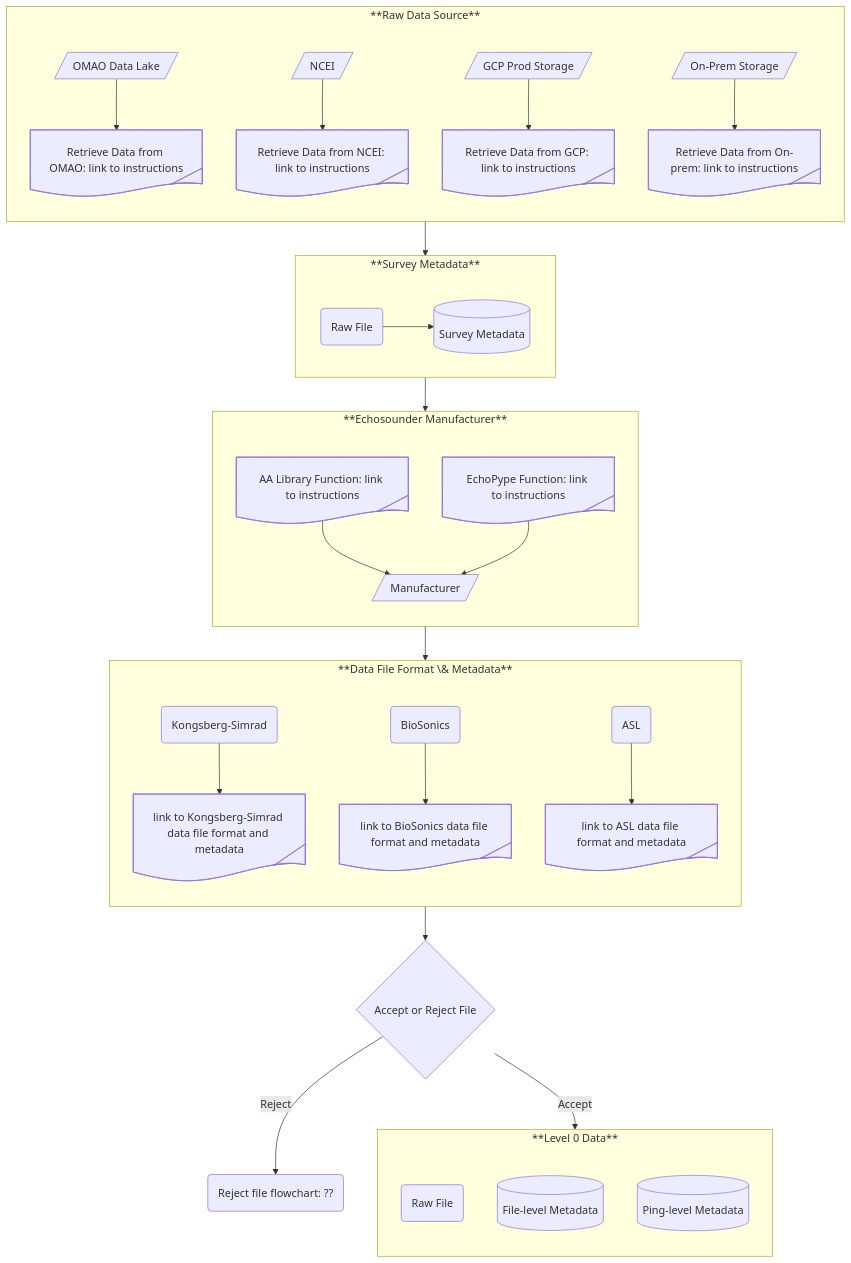
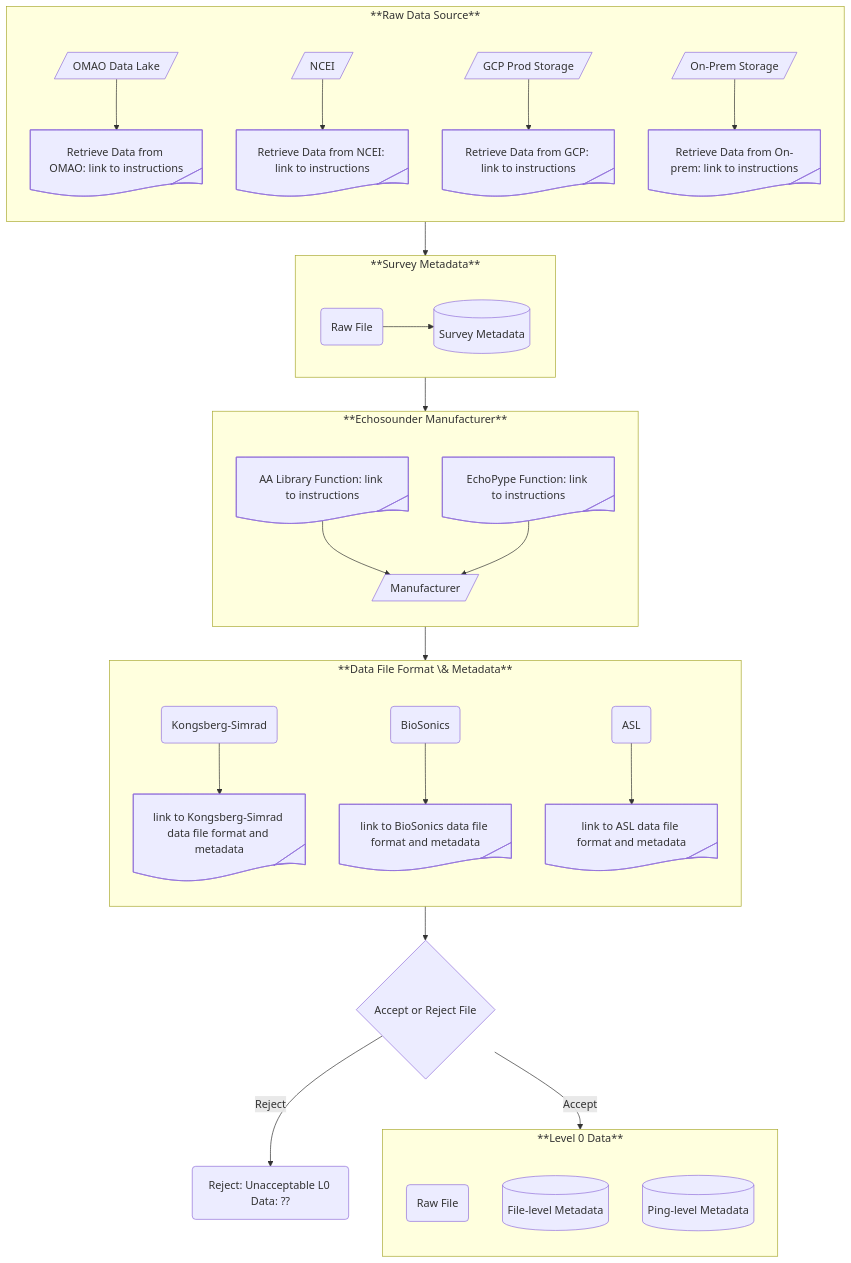
One commit to nmfs-ost/AA-SI_DataRoadMap changed the first of 2 diagrams in README.md. Above: the diagram before and after it, drawn with Mermaid. The commit also changed other lines of this file, not shown here.

First line of the commit message:
Revise L1 flowchart

````diff
--- a/README.md
+++ b/README.md
@@ -72,45 +72,45 @@
 ```mermaid
 ---
 config:
     flowchart:
         subGraphTitleMargin:
             "bottom": 30
 ---
 flowchart TB
     subgraph SG_L0_DataSource["**Raw Data Source**"]
         direction TB
         node_L0_SrcOMAO@{shape: lean-r, label: "OMAO Data Lake"} --> node_L0_OMAO@{ shape: tag-doc, label: "Retrieve Data from OMAO: link to instructions" }
         node_L0_SrcNCEI@{shape: lean-r, label: "NCEI"} --> node_L0_NCEI@{ shape: tag-doc, label: "Retrieve Data from NCEI: link to instructions" }
         node_L0_SrcGCP@{shape: lean-r, label: "GCP Prod Storage"} --> node_L0_GCP@{ shape: tag-doc, label: "Retrieve Data from GCP: link to instructions" }
         node_L0_SrcOP@{shape: lean-r, label: "On-Prem Storage"} --> node_L0_OP@{ shape: tag-doc, label: "Retrieve Data from On-prem: link to instructions" }
         %%style node_SrcOMAO color:blue
     end
     subgraph SG_L0_SurveyMetaData["**Survey Metadata**"]
         direction LR
         node_L0_RF@{ shape: rounded, label: "Raw File" } --> node_L0_SMD@{ shape: database, label: <a href="https://github.com/nmfs-ost/AA-SI_metadata"> "Survey Metadata"</a> }
     end
     subgraph SG_L0_ESManufacturer["**Echosounder Manufacturer**"]
         direction TB
         node_L0_AL1@{shape: tag-doc, label: "AA Library Function: link to instructions"} --> node_L0_Man@{ shape: lean-r, label: "Manufacturer" }
         node_L0_AL2@{shape: tag-doc, label: "EchoPype Function: link to instructions"} --> node_L0_Man
     end
     subgraph SG_L0_ESMetaData["**Data File Format \& Metadata**"]
         direction TB
         node_L0_KS@{ shape: rounded, label: "Kongsberg-Simrad" } --> node_L0_KSMD@{ shape: tag-doc, label: "link to Kongsberg-Simrad data file format and metadata" }
         node_L0_BS@{ shape: rounded, label: "BioSonics" } --> node_L0_BSMD@{ shape: tag-doc, label: "link to BioSonics data file format and metadata" }
         node_L0_ASL@{ shape: rounded, label: "ASL" } --> node_L0_ASLMD@{ shape: tag-doc, label: "link to ASL data file format and metadata" }
     end
     subgraph SG_L0_Data["**Level 0 Data**"]
         direction TB
         node_L0_RD@{ shape: rounded, label: "Raw File" }
         node_L0_SMD@{ shape: database, label: "Survey Metadata" }
         node_L0_FMD@{ shape: database, label: "File-level Metadata" }
         node_L0_PMD@{ shape: database, label: "Ping-level Metadata" }
     end
     SG_L0_DataSource --> SG_L0_SurveyMetaData
     SG_L0_SurveyMetaData --> SG_L0_ESManufacturer
     SG_L0_ESManufacturer --> SG_L0_ESMetaData
     SG_L0_ESMetaData --> node_AcceptReject@{ shape: diamond, label: "Accept or Reject File" }
     node_AcceptReject --> |Accept| SG_L0_Data
-    node_AcceptReject --> |Reject| node_Reject@{ shape: rounded, label: "Reject file flowchart: ??" }
+    node_AcceptReject --> |Reject| node_Reject_L0@{ shape: rounded, label: "Reject: Unacceptable L0 Data: ??" }
 ```
````
